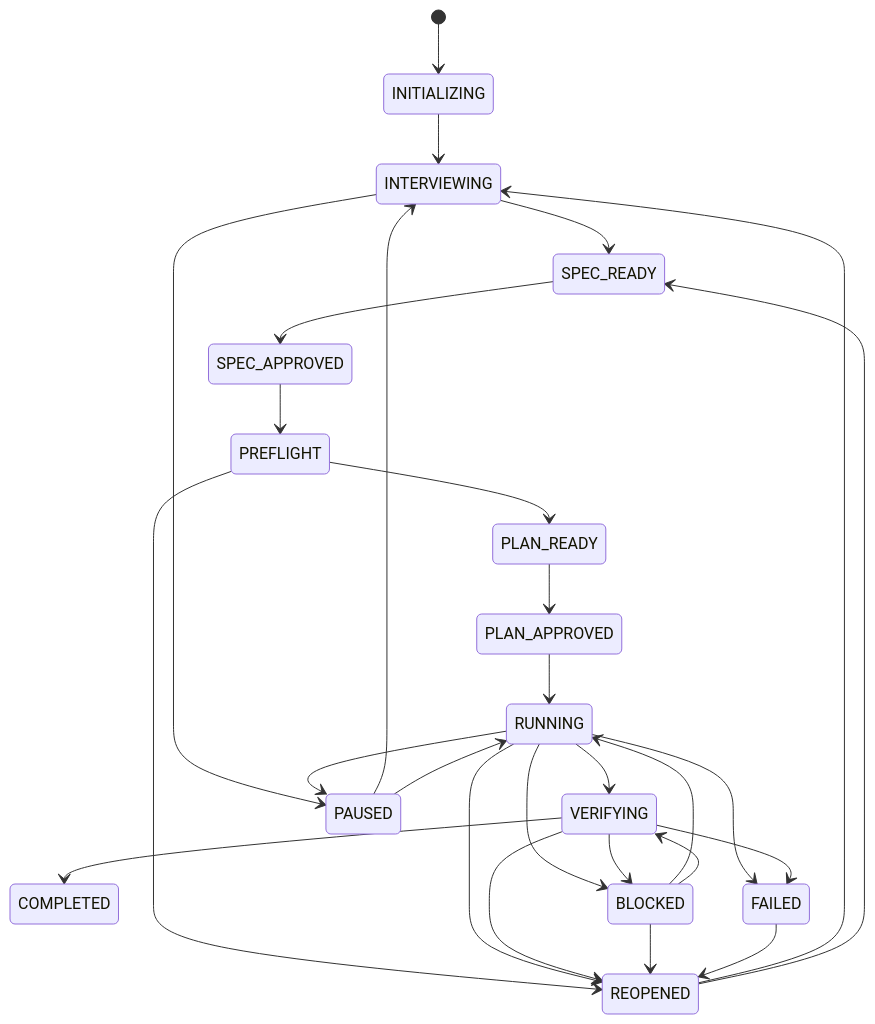
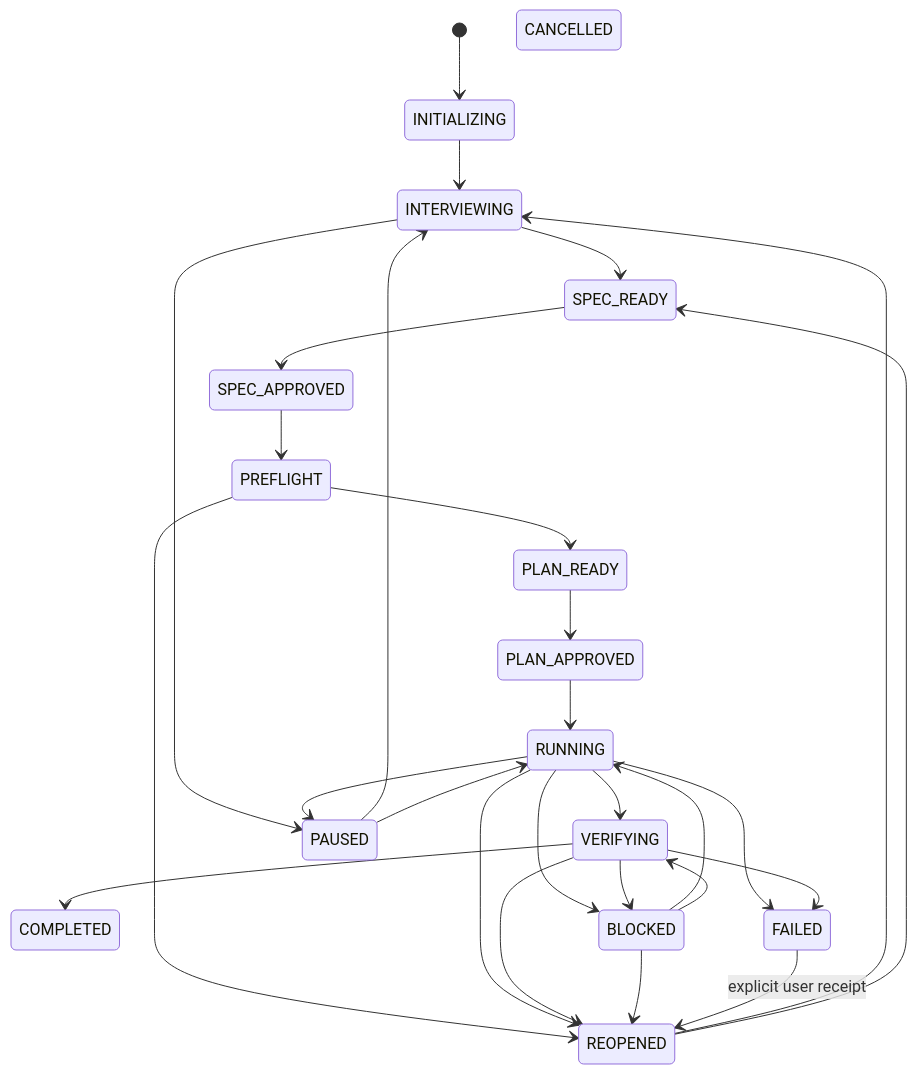
Before and after one commit to claude-studio/geness: the diagram in docs/02_TASK_LIFECYCLE.md, drawn with Mermaid. The commit also changed other lines of this file and 11 other files, not shown here.

````diff
--- a/docs/02_TASK_LIFECYCLE.md
+++ b/docs/02_TASK_LIFECYCLE.md
@@ -24,34 +24,35 @@
 ```mermaid
 stateDiagram-v2
     [*] --> INITIALIZING
     INITIALIZING --> INTERVIEWING
     INTERVIEWING --> SPEC_READY
     SPEC_READY --> SPEC_APPROVED
     SPEC_APPROVED --> PREFLIGHT
     PREFLIGHT --> PLAN_READY
     PLAN_READY --> PLAN_APPROVED
     PLAN_APPROVED --> RUNNING
     RUNNING --> VERIFYING
     VERIFYING --> COMPLETED
 
     PREFLIGHT --> REOPENED
     RUNNING --> REOPENED
     VERIFYING --> REOPENED
     REOPENED --> INTERVIEWING
     REOPENED --> SPEC_READY
 
     INTERVIEWING --> PAUSED
     RUNNING --> PAUSED
     PAUSED --> INTERVIEWING
     PAUSED --> RUNNING
 
     RUNNING --> BLOCKED
     VERIFYING --> BLOCKED
     BLOCKED --> RUNNING
     BLOCKED --> VERIFYING
     BLOCKED --> REOPENED
 
     RUNNING --> FAILED
     VERIFYING --> FAILED
-    FAILED --> REOPENED
+    FAILED --> REOPENED: explicit user receipt
+    CANCELLED
 ```
````
